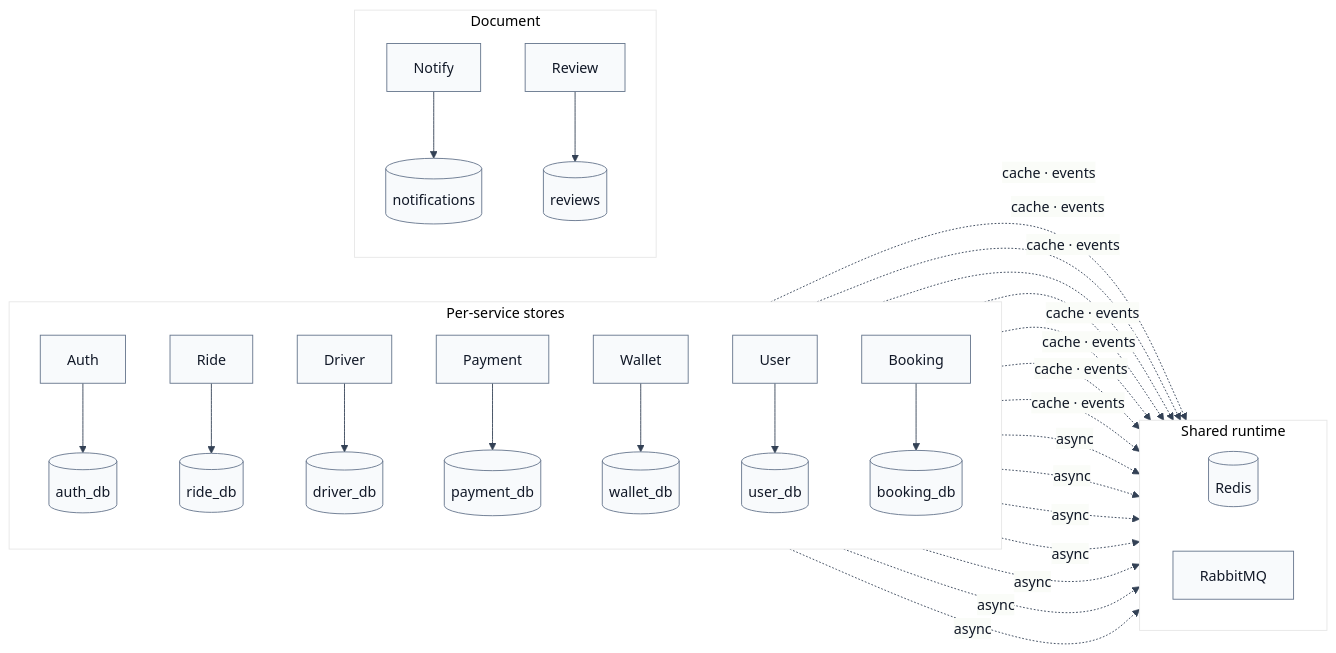
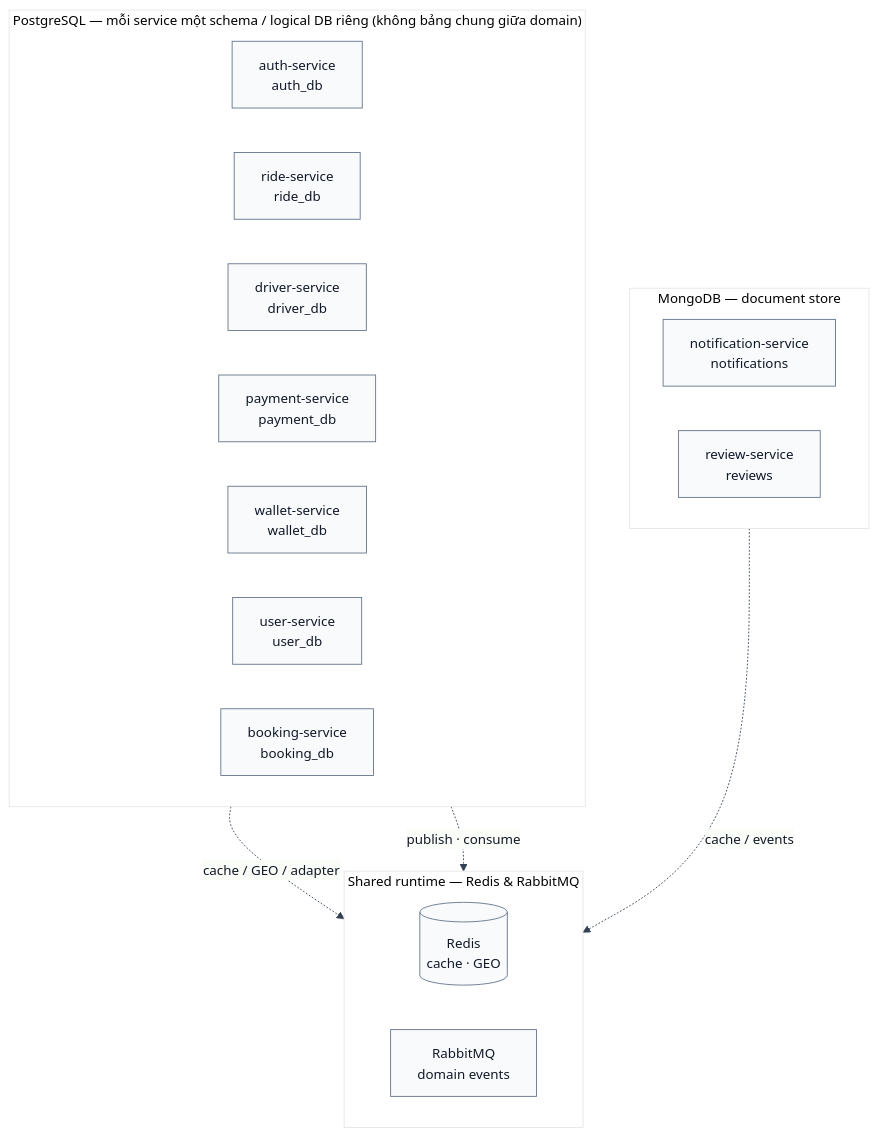
The diagram in docs/diagrams/mermaid/05_data_architecture.mmd (foxxiee04/Cab-Booking-System-Project), drawn with Mermaid before and after one commit. The commit also changed 99 other files, not shown here.

```diff
--- a/docs/diagrams/mermaid/05_data_architecture.mmd
+++ b/docs/diagrams/mermaid/05_data_architecture.mmd
@@ -1,27 +1,28 @@
-%%{init: {'theme': 'base', 'themeVariables': { 'primaryColor': '#f8fafc', 'primaryTextColor': '#111827', 'primaryBorderColor': '#64748b', 'lineColor': '#334155'}}}%%
-flowchart LR
-  subgraph A["Per-service stores"]
-    direction TB
-    Auth --> ADB[(auth_db)]
-    Ride --> RDB[(ride_db)]
-    Driver --> DDR[(driver_db)]
-    Payment --> PDB[(payment_db)]
-    Wallet --> WDB[(wallet_db)]
-    User --> UDB[(user_db)]
-    Booking --> BDB[(booking_db)]
+%%{init: {'theme': 'base', 'themeVariables': { 'fontSize': '15px', 'primaryColor': '#f8fafc', 'primaryTextColor': '#111827', 'primaryBorderColor': '#64748b', 'lineColor': '#334155'}}}%%
+flowchart TB
+  subgraph L1["PostgreSQL — mỗi service một schema / logical DB riêng (không bảng chung giữa domain)"]
+    direction LR
+    P1["auth-service<br/>auth_db"]
+    P2["ride-service<br/>ride_db"]
+    P3["driver-service<br/>driver_db"]
+    P4["payment-service<br/>payment_db"]
+    P5["wallet-service<br/>wallet_db"]
+    P6["user-service<br/>user_db"]
+    P7["booking-service<br/>booking_db"]
   end
 
-  subgraph B["Document"]
-    direction TB
-    Notify --> NDB[(notifications)]
-    Review --> MDB[(reviews)]
+  subgraph L2["MongoDB — document store"]
+    direction LR
+    M1["notification-service<br/>notifications"]
+    M2["review-service<br/>reviews"]
   end
 
-  subgraph C["Shared runtime"]
+  subgraph L3["Shared runtime — Redis & RabbitMQ"]
     direction LR
-    RED[(Redis)]
-    MQ[RabbitMQ]
+    RED[(Redis<br/>cache · GEO)]
+    MQ[RabbitMQ<br/>domain events]
   end
 
-  Auth & Ride & Driver & Payment & Wallet & User & Booking -.->|cache · events| RED
-  Auth & Ride & Driver & Payment & Wallet & User & Booking -.->|async| MQ
+  L1 -.->|cache / GEO / adapter| L3
+  L1 -.->|publish · consume| L3
+  L2 -.->|cache / events| L3
```
